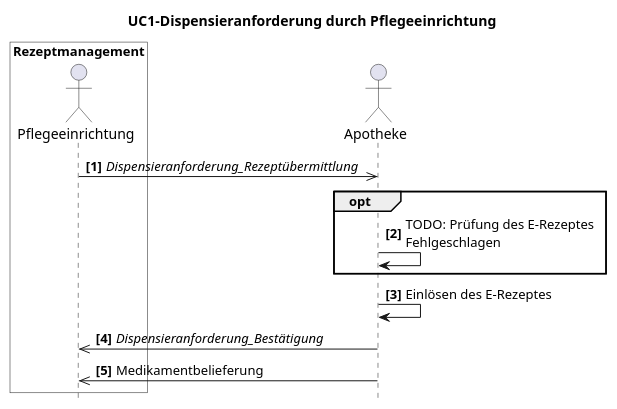
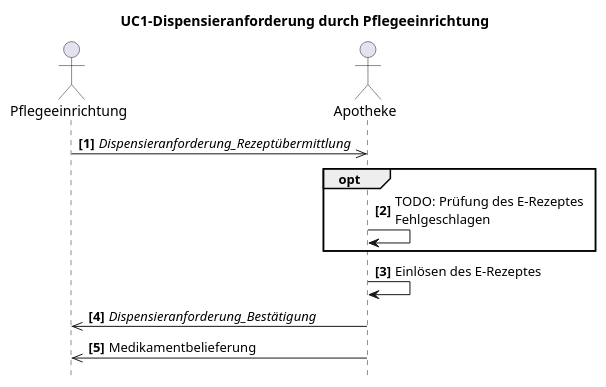
The diagram in Resources/puml/gemF_eRp_KIM/UC1.2-dispensieranforderung-pflege.puml (gematik/spec-E-Rezept-ServiceRequest), drawn with PlantUML before and after one commit. The commit also changed 2 other files, not shown here.

Commit message:
remove box in puml

```diff
--- a/Resources/puml/gemF_eRp_KIM/UC1.2-dispensieranforderung-pflege.puml
+++ b/Resources/puml/gemF_eRp_KIM/UC1.2-dispensieranforderung-pflege.puml
@@ -1,26 +1,24 @@
 @startuml name = "UC1-Rezeptanforderung-Pflege"
 
 
 skinparam maxMessageSize 200
 
-box "Rezeptmanagement" #White
-    actor "Pflegeeinrichtung" as Pflegeeinrichtung
-end box
+actor "Pflegeeinrichtung" as Pflegeeinrichtung
 actor Apotheke
 
 title UC1-Dispensieranforderung durch Pflegeeinrichtung
 hide footbox
 autonumber "<b>[0]"
 
 Pflegeeinrichtung ->> Apotheke: //Dispensieranforderung_Rezeptübermittlung//
 
 opt
  Apotheke -> Apotheke: TODO: Prüfung des E-Rezeptes Fehlgeschlagen
 end
 
 Apotheke -> Apotheke: Einlösen des E-Rezeptes
 
 Apotheke ->> Pflegeeinrichtung: //Dispensieranforderung_Bestätigung//
 Apotheke ->> Pflegeeinrichtung: Medikamentbelieferung
 
 @enduml
```
